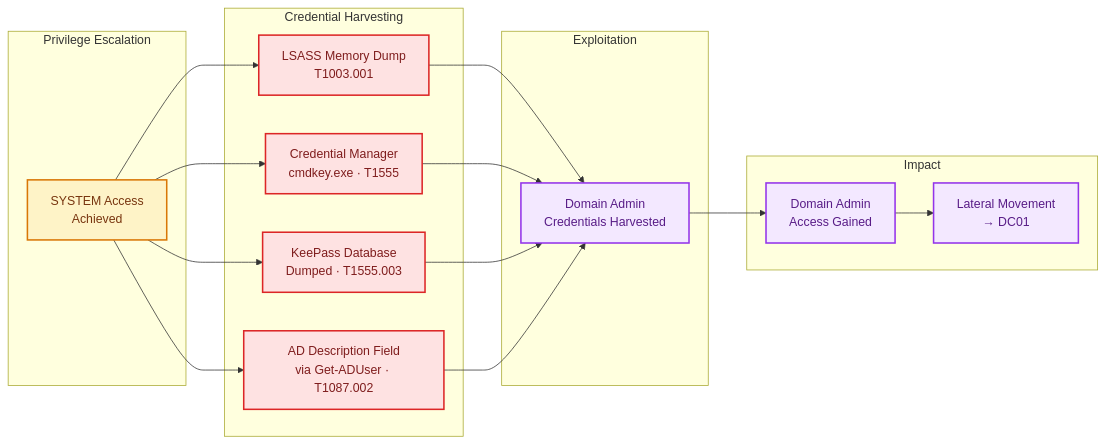
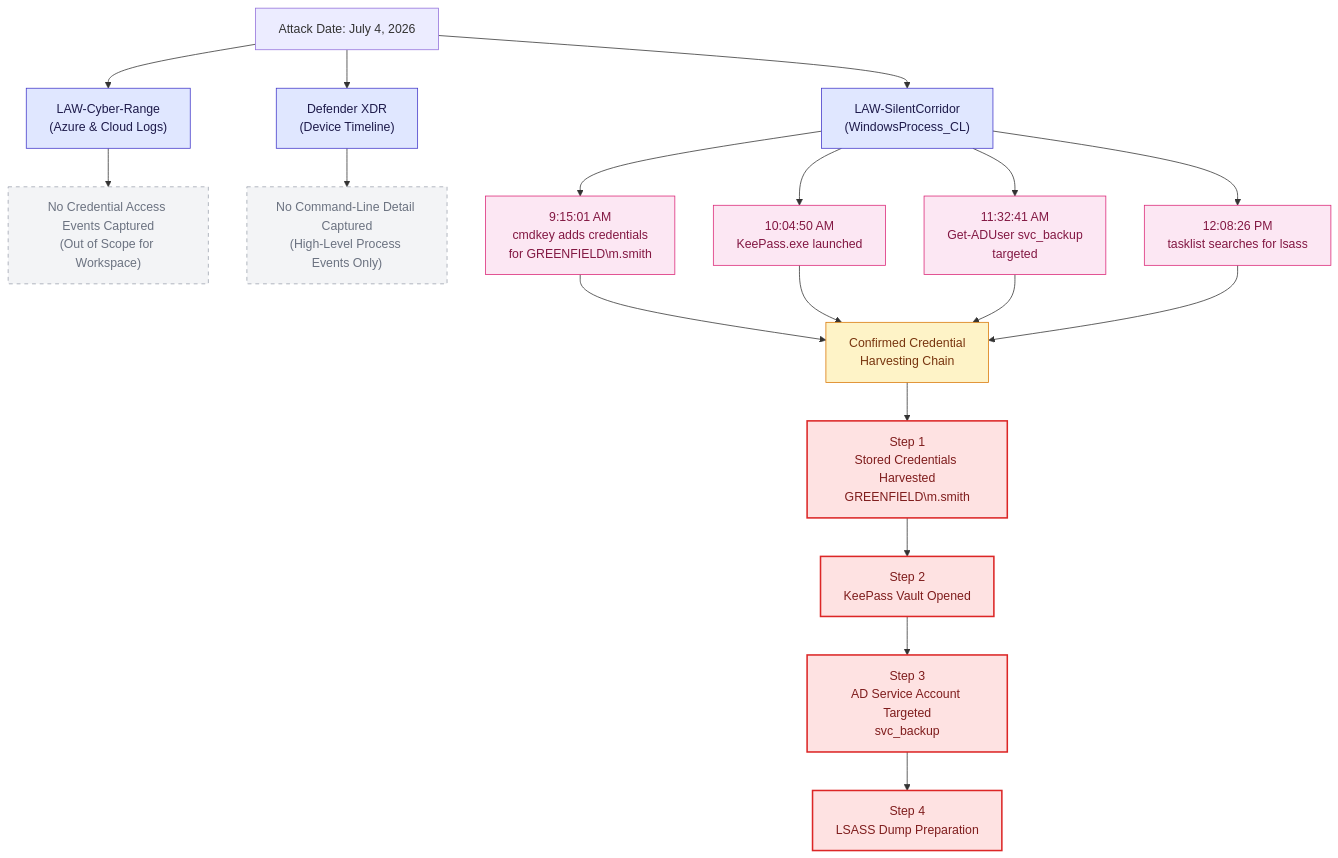
One commit to Danielle-Respes/Hidden-Directive-Threat-Hunt-Investigation-Sentinel-MDE-2026 changed the fifth of 8 diagrams in README.md. Above: the diagram before and after it, drawn with Mermaid. The commit also changed other lines of this file, not shown here.

````diff
--- a/README.md
+++ b/README.md
@@ -614,35 +625,37 @@
 ```mermaid
-graph LR
-    subgraph Escalation["Privilege Escalation"]
-        A["SYSTEM Access<br/>Achieved"]
-    end
-    subgraph Harvest["Credential Harvesting"]
-        B["LSASS Memory Dump<br/>T1003.001"]
-        F["Credential Manager<br/>cmdkey.exe · T1555"]
-        G["KeePass Database<br/>Dumped · T1555.003"]
-        H["AD Description Field<br/>via Get-ADUser · T1087.002"]
-    end
-    subgraph Exploit["Exploitation"]
-        C["Domain Admin<br/>Credentials Harvested"]
-    end
-    subgraph Impact["Impact"]
-        D["Domain Admin<br/>Access Gained"]
-        E["Lateral Movement<br/>→ DC01"]
-    end
-    A --> B
-    A --> F
-    A --> G
-    A --> H
-    B --> C
-    F --> C
-    G --> C
-    H --> C
-    C --> D
-    D --> E
-    classDef escalation fill:#fef3c7,stroke:#d97706,stroke-width:2px,color:#78350f
-    classDef harvest fill:#fee2e2,stroke:#dc2626,stroke-width:2px,color:#7f1d1d
-    classDef impact fill:#f3e8ff,stroke:#9333ea,stroke-width:2px,color:#581c87
-    class A escalation
-    class B,F,G,H harvest
-    class C,D,E impact
+graph TB
+    Title["Attack Date: July 4, 2026"]
+    Title --> L1["LAW-Cyber-Range<br/>(Azure & Cloud Logs)"]
+    Title --> L2["LAW-SilentCorridor<br/>(WindowsProcess_CL)"]
+    Title --> L3["Defender XDR<br/>(Device Timeline)"]
+
+    L1 --> A1["No Credential Access Events Captured<br/>(Out of Scope for Workspace)"]
+    L3 --> A2["No Command-Line Detail Captured<br/>(High-Level Process Events Only)"]
+
+    L2 --> B1["9:15:01 AM<br/>cmdkey adds credentials<br/>for GREENFIELD\m.smith"]
+    L2 --> B2["10:04:50 AM<br/>KeePass.exe launched"]
+    L2 --> B3["11:32:41 AM<br/>Get-ADUser svc_backup<br/>targeted"]
+    L2 --> B4["12:08:26 PM<br/>tasklist searches for lsass"]
+
+    B1 --> D["Confirmed Credential<br/>Harvesting Chain"]
+    B2 --> D
+    B3 --> D
+    B4 --> D
+
+    D --> Step1["Step 1<br/>Stored Credentials Harvested<br/>GREENFIELD\m.smith"]
+    Step1 --> Step2["Step 2<br/>KeePass Vault Opened"]
+    Step2 --> Step3["Step 3<br/>AD Service Account Targeted<br/>svc_backup"]
+    Step3 --> Step4["Step 4<br/>LSASS Dump Preparation"]
+
+    classDef source fill:#e0e7ff,stroke:#4338ca,color:#1e1b4b
+    classDef empty fill:#f3f4f6,stroke:#9ca3af,stroke-dasharray: 5 5,color:#6b7280
+    classDef finding fill:#fce7f3,stroke:#db2777,color:#831843
+    classDef result fill:#fef3c7,stroke:#d97706,color:#78350f
+    classDef step fill:#fee2e2,stroke:#dc2626,stroke-width:2px,color:#7f1d1d
+
+    class L1,L2,L3 source
+    class A1,A2 empty
+    class B1,B2,B3,B4 finding
+    class D result
+    class Step1,Step2,Step3,Step4 step
 ```
````
